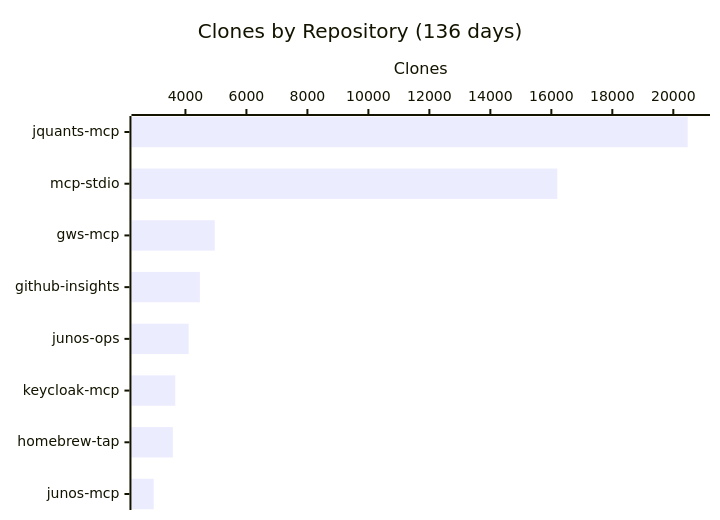
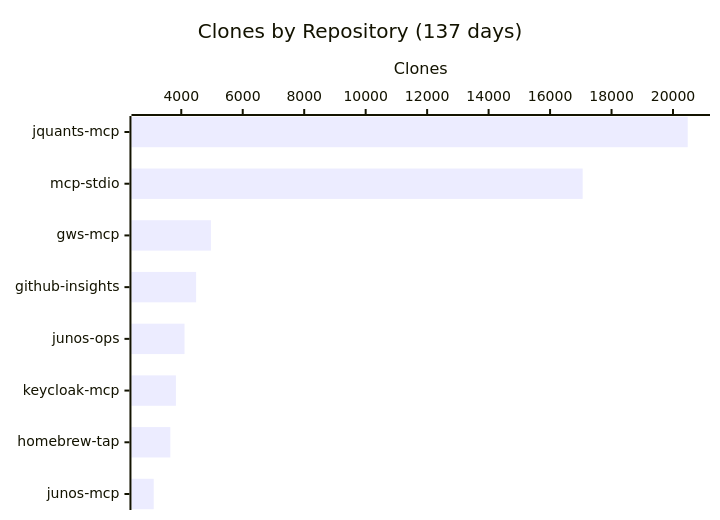
One commit to shigechika/github-insights changed the fourth of 4 diagrams in README.md. Above: the diagram before and after it, drawn with Mermaid. The commit also changed other lines of this file and 2 other files, not shown here.

````diff
--- a/README.md
+++ b/README.md
@@ -58,7 +58,7 @@
 ```mermaid
 xychart-beta horizontal
-    title "Clones by Repository (136 days)"
+    title "Clones by Repository (137 days)"
     x-axis ["jquants-mcp", "mcp-stdio", "gws-mcp", "github-insights", "junos-ops", "keycloak-mcp", "homebrew-tap", "junos-mcp"]
     y-axis "Clones"
-    bar [20473, 16197, 4962, 4473, 4104, 3667, 3588, 2960]
+    bar [20479, 17060, 4965, 4484, 4106, 3826, 3644, 3104]
 ```
````
